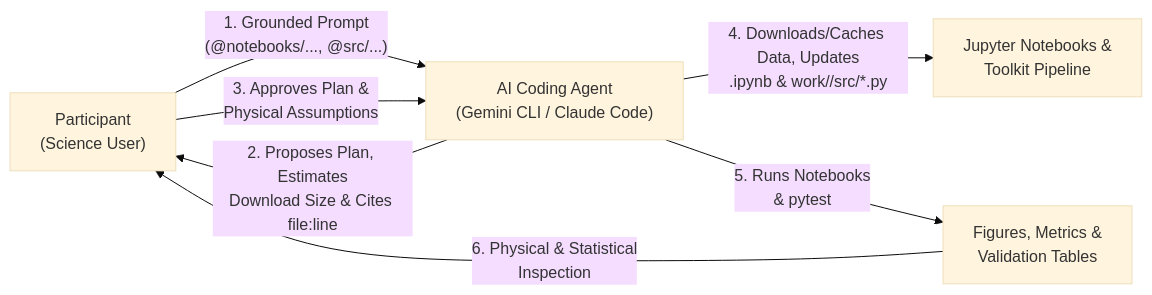
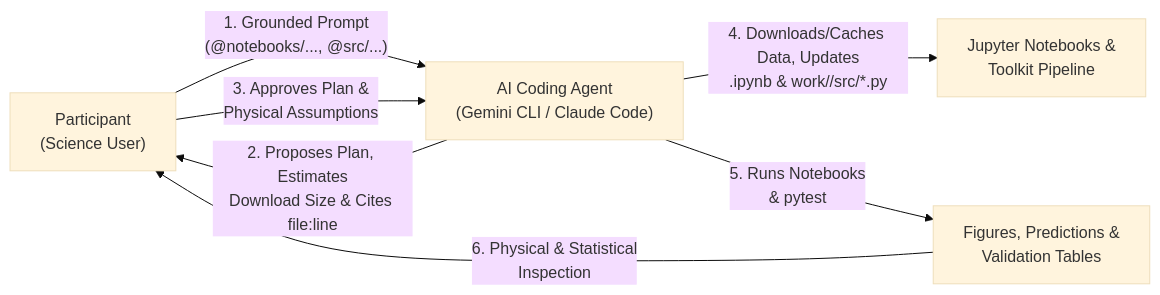
One commit to rramosp/helio-workshop changed the diagram in workshop-preparation.md. Above: the diagram before and after it, drawn with Mermaid (base theme). The commit also changed other lines of this file, not shown here.

````diff
--- a/workshop-preparation.md
+++ b/workshop-preparation.md
@@ -21,9 +21,9 @@
 ```mermaid
 flowchart LR
     Sci["Participant<br/>(Science User)"] -->|"1. Grounded Prompt<br/>(@notebooks/..., @src/...)"| Agent["AI Coding Agent<br/>(Gemini CLI / Claude Code)"]
     Agent -->|"2. Proposes Plan, Estimates<br/>Download Size & Cites file:line"| Sci
     Sci -->|"3. Approves Plan &<br/>Physical Assumptions"| Agent
     Agent -->|"4. Downloads/Caches Data, Updates<br/>.ipynb & work/<name>/src/*.py"| NB["Jupyter Notebooks &<br/>Toolkit Pipeline"]
-    Agent -->|"5. Runs Notebooks<br/>& pytest"| Out["Figures, Metrics &<br/>Validation Tables"]
+    Agent -->|"5. Runs Notebooks<br/>& pytest"| Out["Figures, Predictions &<br/>Validation Tables"]
     Out -->|"6. Physical & Statistical<br/>Inspection"| Sci
 ```
````
